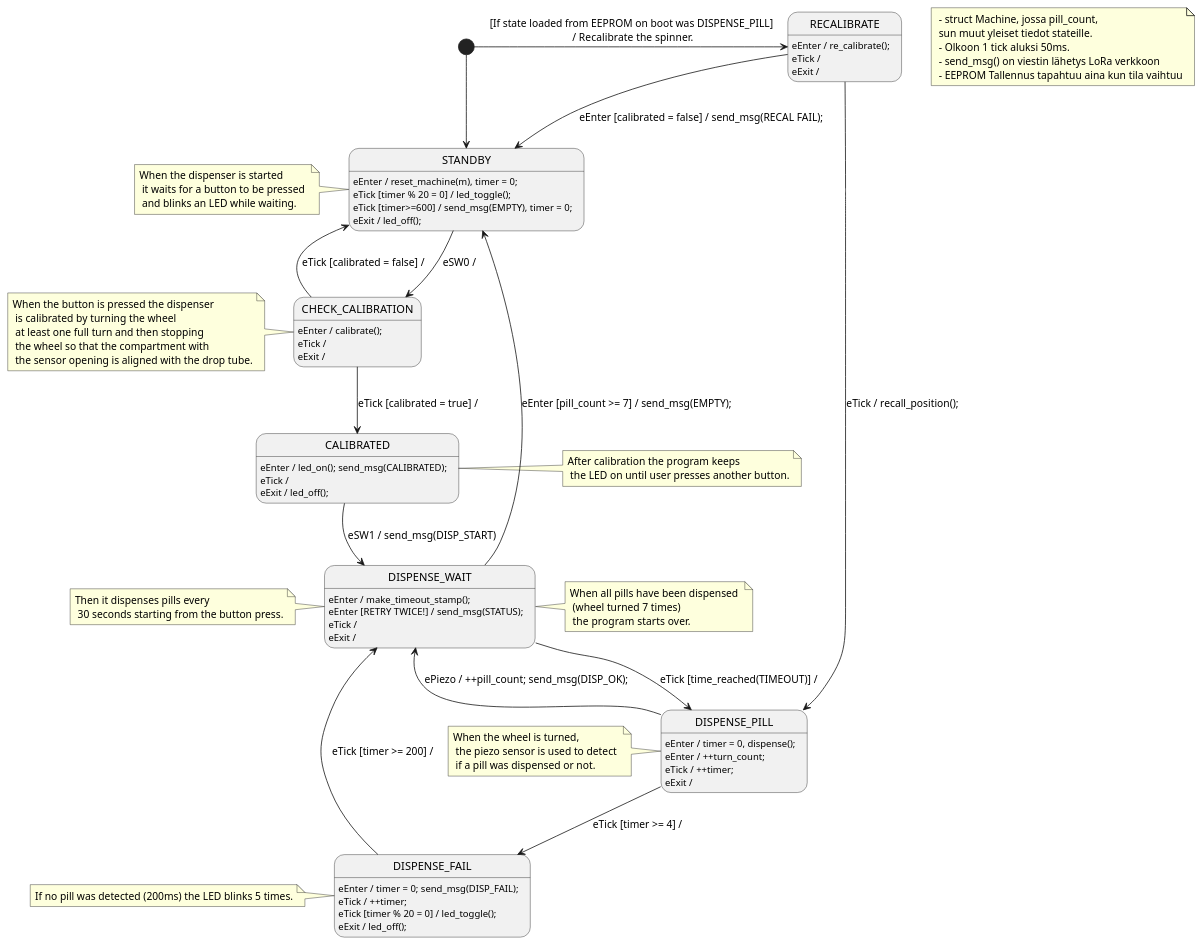
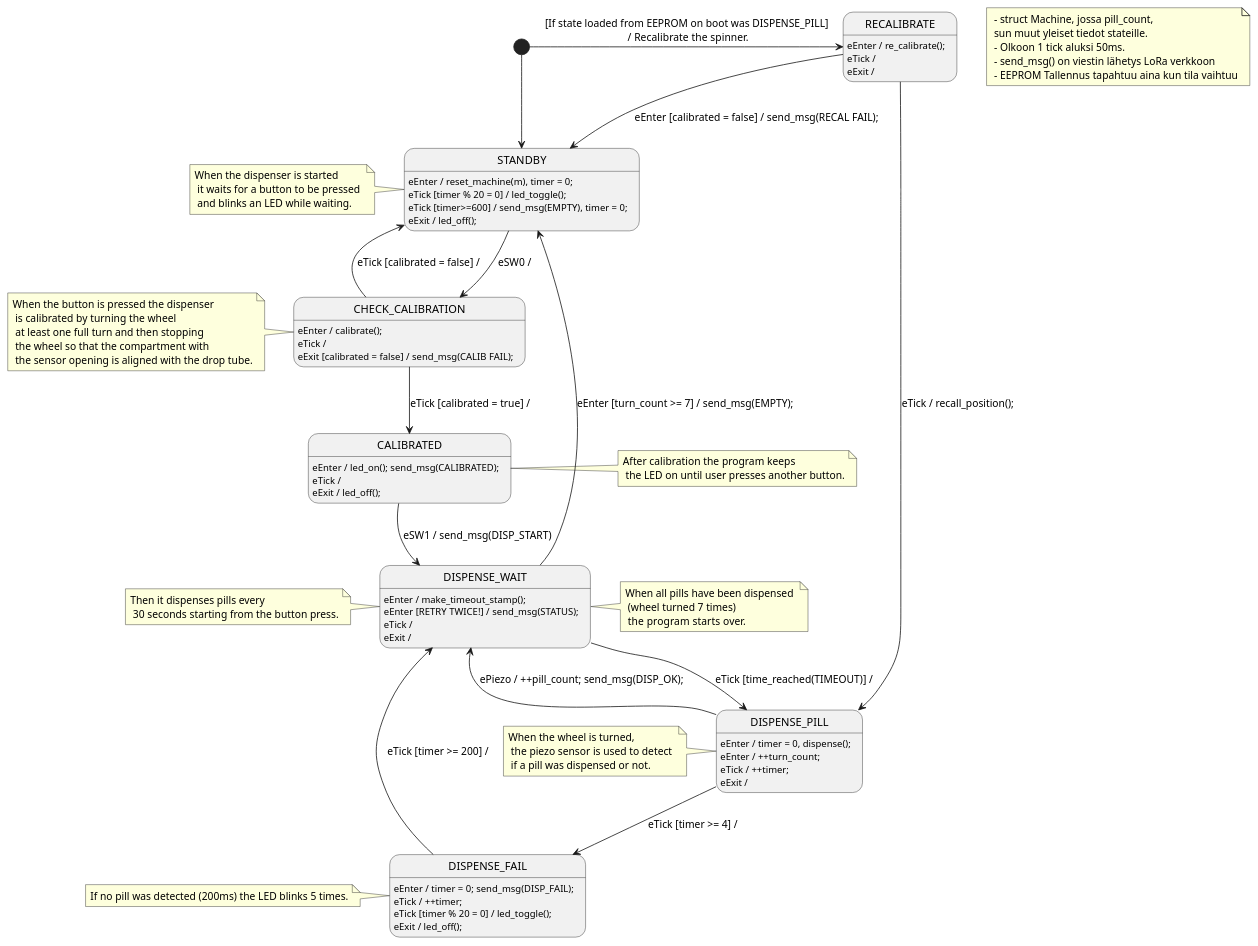
One commit to aleksanteril/LAAKKEET changed the diagram in minimum_state_diagram.puml. Above: the diagram before and after it, drawn with PlantUML.

Commit message:
fixed diagram

```diff
--- a/minimum_state_diagram.puml
+++ b/minimum_state_diagram.puml
@@ -1,63 +1,63 @@
 @startuml Minimum State Machine
 
 [*] --> STANDBY
 STANDBY : eEnter / reset_machine(m), timer = 0;
 STANDBY : eTick [timer % 20 = 0] / led_toggle(); 
 STANDBY : eTick [timer>=600] / send_msg(EMPTY), timer = 0;
 STANDBY : eExit / led_off();
 STANDBY --> CHECK_CALIBRATION : eSW0 /
 
 [*] -> RECALIBRATE : [If state loaded from EEPROM on boot was DISPENSE_PILL]\n / Recalibrate the spinner.
 RECALIBRATE : eEnter / re_calibrate();
 RECALIBRATE : eTick /
 RECALIBRATE : eExit /
 RECALIBRATE --> STANDBY : eEnter [calibrated = false] / send_msg(RECAL FAIL);
 RECALIBRATE --> DISPENSE_PILL : eTick / recall_position();
 
 
 note " - struct Machine, jossa pill_count, \n sun muut yleiset tiedot stateille. \n - Olkoon 1 tick aluksi 50ms.\n - send_msg() on viestin lähetys LoRa verkkoon\n - EEPROM Tallennus tapahtuu aina kun tila vaihtuu" as N1
 note left of STANDBY : When the dispenser is started \n it waits for a button to be pressed \n and blinks an LED while waiting.
 
 CHECK_CALIBRATION : eEnter / calibrate();
 CHECK_CALIBRATION : eTick / 
-CHECK_CALIBRATION : eExit /
+CHECK_CALIBRATION : eExit [calibrated = false] / send_msg(CALIB FAIL);
 CHECK_CALIBRATION --> STANDBY : eTick [calibrated = false] /
 CHECK_CALIBRATION --> CALIBRATED : eTick [calibrated = true] /
 
 note left of CHECK_CALIBRATION : When the button is pressed the dispenser \n is calibrated by turning the wheel \n at least one full turn and then stopping \n the wheel so that the compartment with \n the sensor opening is aligned with the drop tube.
 
 CALIBRATED : eEnter / led_on(); send_msg(CALIBRATED);
 CALIBRATED : eTick /
 CALIBRATED : eExit / led_off();
 CALIBRATED --> DISPENSE_WAIT : eSW1 / send_msg(DISP_START)
 
 note left of CALIBRATED : After calibration the program keeps \n the LED on until user presses another button.
 
 DISPENSE_WAIT : eEnter / make_timeout_stamp(); 
 DISPENSE_WAIT : eEnter [RETRY TWICE!] / send_msg(STATUS);
 DISPENSE_WAIT : eTick / 
 DISPENSE_WAIT : eExit / 
 DISPENSE_WAIT --> DISPENSE_PILL : eTick [time_reached(TIMEOUT)] /
-DISPENSE_WAIT --> STANDBY : eEnter [pill_count >= 7] / send_msg(EMPTY);
+DISPENSE_WAIT --> STANDBY : eEnter [turn_count >= 7] / send_msg(EMPTY);
 
 note left of DISPENSE_WAIT : Then it dispenses pills every \n 30 seconds starting from the button press.
 note right of DISPENSE_WAIT : When all pills have been dispensed \n (wheel turned 7 times) \n the program starts over.
 
 DISPENSE_PILL : eEnter / timer = 0, dispense();
 DISPENSE_PILL : eEnter / ++turn_count;
 DISPENSE_PILL : eTick / ++timer;
 DISPENSE_PILL : eExit /
 DISPENSE_PILL --> DISPENSE_WAIT : ePiezo / ++pill_count; send_msg(DISP_OK);
 DISPENSE_PILL --> DISPENSE_FAIL : eTick [timer >= 4] /
 
 note left of DISPENSE_PILL : When the wheel is turned, \n the piezo sensor is used to detect \n if a pill was dispensed or not.
 
 DISPENSE_FAIL : eEnter / timer = 0; send_msg(DISP_FAIL);
 DISPENSE_FAIL : eTick / ++timer;
 DISPENSE_FAIL : eTick [timer % 20 = 0] / led_toggle();
 DISPENSE_FAIL : eExit / led_off();
 DISPENSE_FAIL --> DISPENSE_WAIT : eTick [timer >= 200] /
 
 note left of DISPENSE_FAIL : If no pill was detected (200ms) the LED blinks 5 times.
 
 @enduml
```
